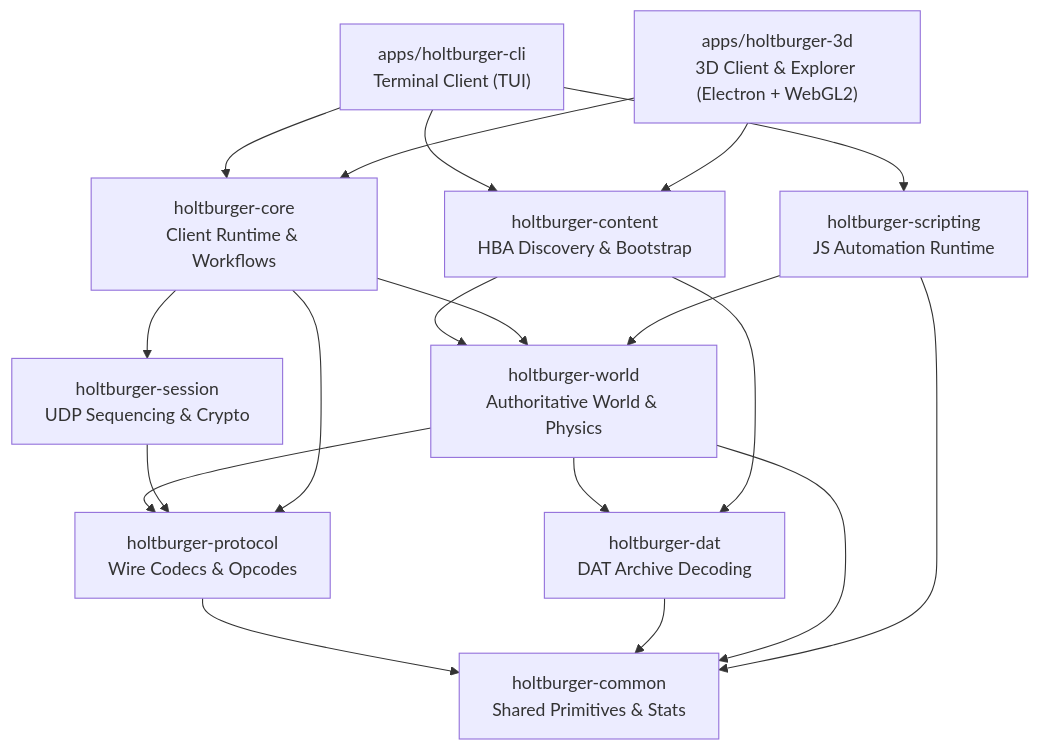
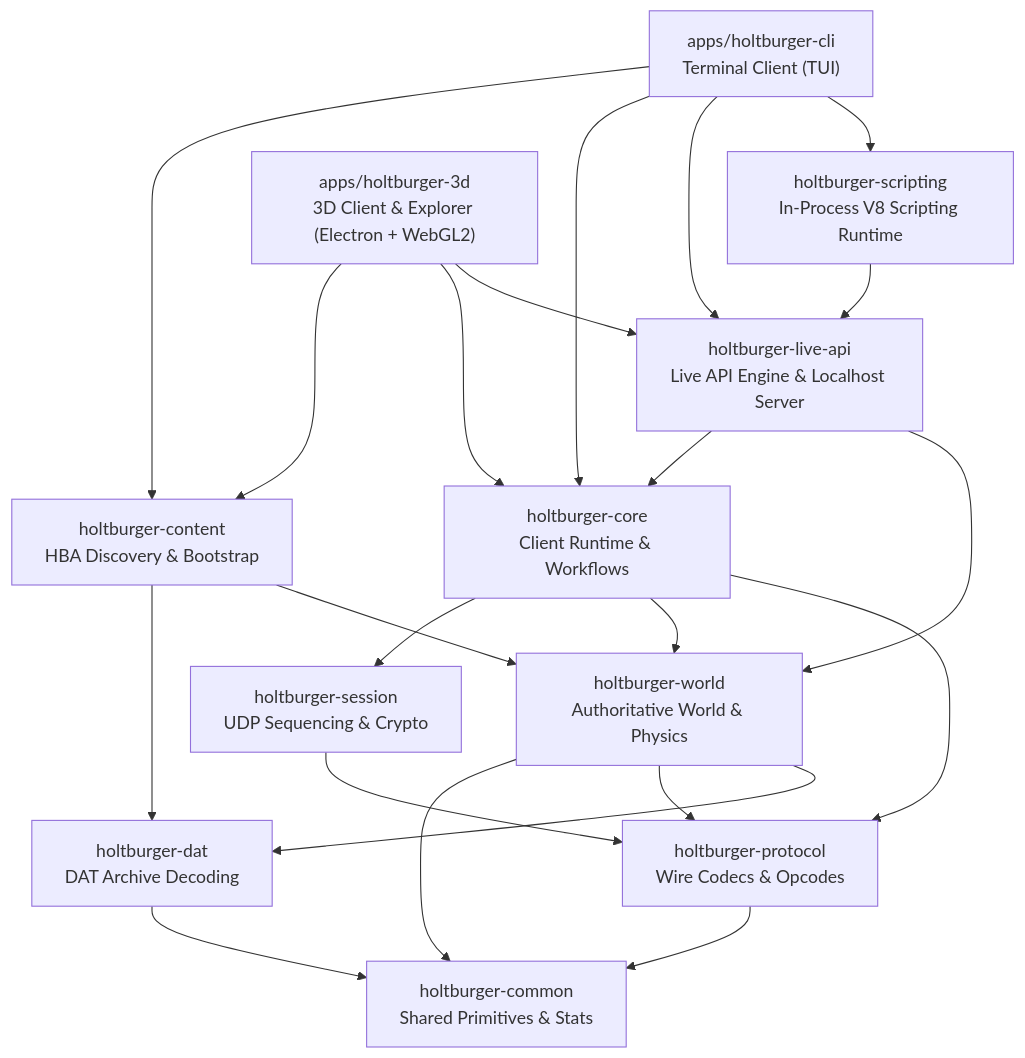
Before and after one commit to merklejerk/holtburger: the first of 2 diagrams in ARCHITECTURE.md, drawn with Mermaid. The commit also changed other lines of this file and 150 other files, not shown here.

````diff
--- a/ARCHITECTURE.md
+++ b/ARCHITECTURE.md
@@ -15,32 +15,36 @@
 ```mermaid
 graph TD
     Common["holtburger-common<br/>Shared Primitives & Stats"]
     Protocol["holtburger-protocol<br/>Wire Codecs & Opcodes"]
     Dat["holtburger-dat<br/>DAT Archive Decoding"]
     Content["holtburger-content<br/>HBA Discovery & Bootstrap"]
     Session["holtburger-session<br/>UDP Sequencing & Crypto"]
     World["holtburger-world<br/>Authoritative World & Physics"]
     Core["holtburger-core<br/>Client Runtime & Workflows"]
-    Scripting["holtburger-scripting<br/>JS Automation Runtime"]
+    LiveApi["holtburger-live-api<br/>Live API Engine & Localhost Server"]
+    Scripting["holtburger-scripting<br/>In-Process V8 Scripting Runtime"]
     CLI["apps/holtburger-cli<br/>Terminal Client (TUI)"]
     H3D["apps/holtburger-3d<br/>3D Client & Explorer (Electron + WebGL2)"]
 
     Protocol --> Common
     Dat --> Common
     World --> Common
     World --> Protocol
     World --> Dat
     Content --> Dat
     Content --> World
     Session --> Protocol
     Core --> Session
     Core --> World
     Core --> Protocol
-    Scripting --> Common
-    Scripting --> World
+    LiveApi --> Core
+    LiveApi --> World
+    Scripting --> LiveApi
     CLI --> Content
     CLI --> Core
+    CLI --> LiveApi
     CLI --> Scripting
     H3D --> Content
     H3D --> Core
+    H3D --> LiveApi
 ```
````
